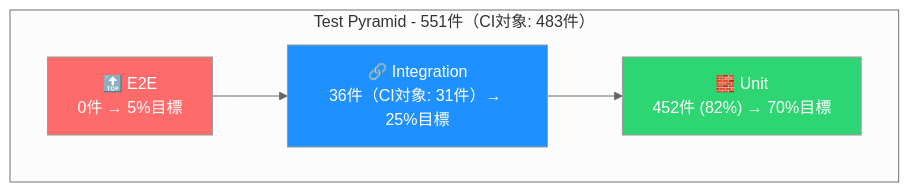
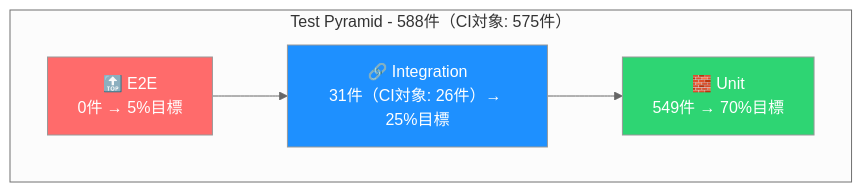
The second of 3 diagrams in README.md (yaoki-dev/api-test-devops-portfolio), drawn with Mermaid (neutral theme) before and after one commit. The commit also changed other lines of this file and 15 other files, not shown here.

````diff
--- a/README.md
+++ b/README.md
@@ -292,13 +290,13 @@
 ```mermaid
 graph TB
-    subgraph "Test Pyramid - 551件（CI対象: 483件）"
+    subgraph "Test Pyramid - 588件（CI対象: 575件）"
         E2E["🔝 E2E<br/>0件 → 5%目標"]
-        Integration["🔗 Integration<br/>36件（CI対象: 31件）→ 25%目標"]
-        Unit["🧱 Unit<br/>452件 (82%) → 70%目標"]
+        Integration["🔗 Integration<br/>31件（CI対象: 26件）→ 25%目標"]
+        Unit["🧱 Unit<br/>549件 → 70%目標"]
     end
     E2E --> Integration --> Unit
 
     style E2E fill:#ff6b6b,color:#fff
     style Integration fill:#1e90ff,color:#fff
     style Unit fill:#2ed573,color:#fff
 ```
````
